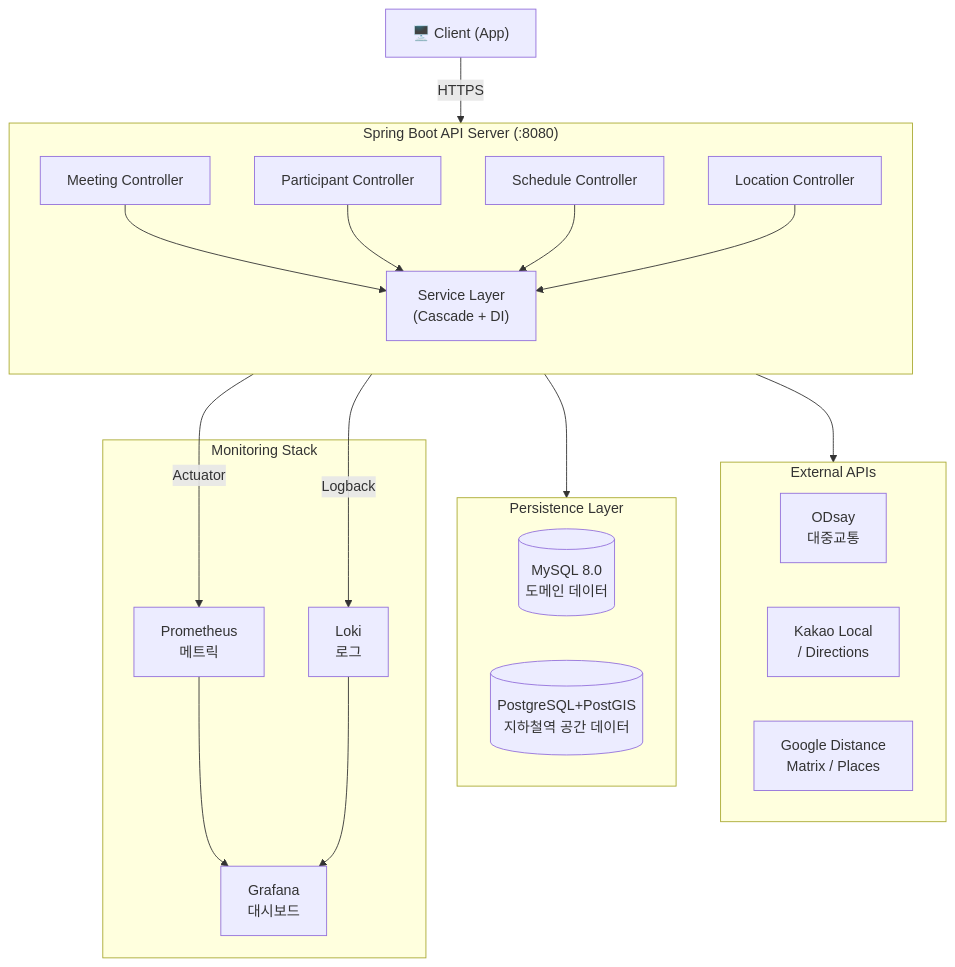
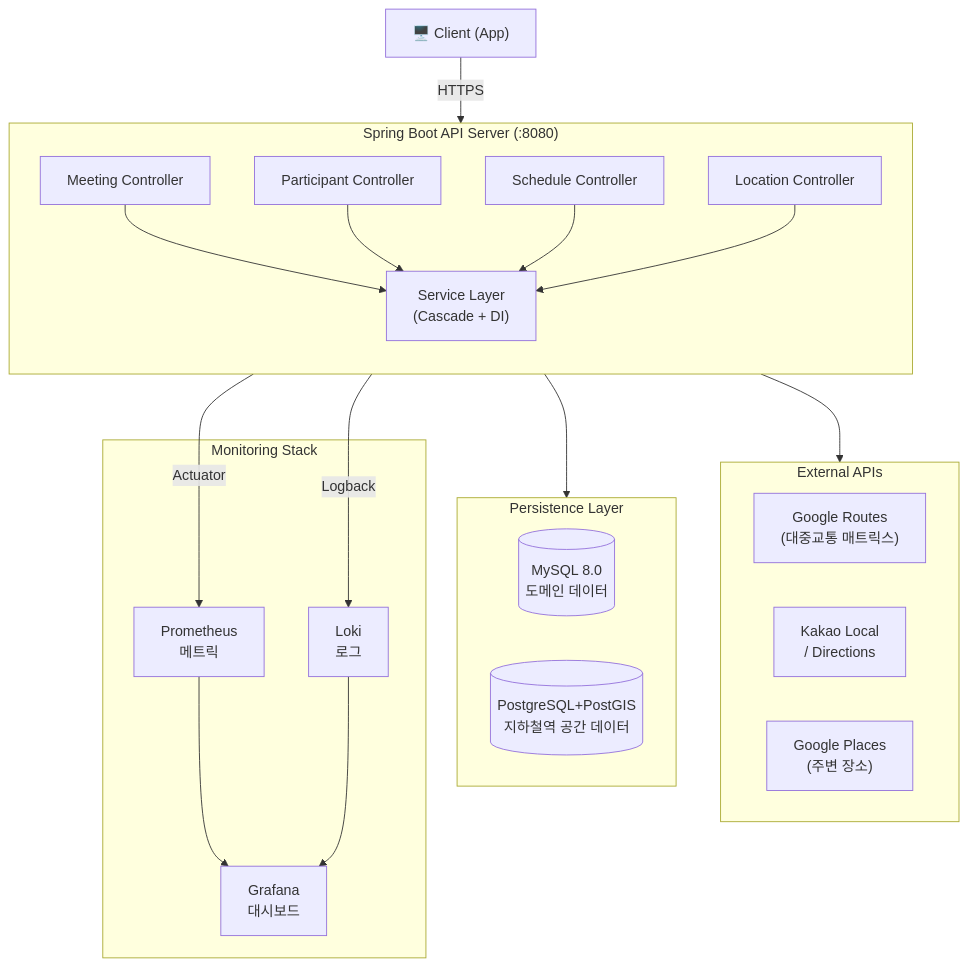
Before and after one commit to BaekDoHyeon/dnd-14th-8-backend: the second of 5 diagrams in README.md, drawn with Mermaid. The commit also changed other lines of this file and 46 other files, not shown here.

First line of the commit message:
refactor(location): 대중교통 경로 Google Routes API 전환 (#135)

````diff
--- a/README.md
+++ b/README.md
@@ -82,38 +82,38 @@
 ```mermaid
 flowchart TB
     Client["🖥️ Client (App)"]
 
     subgraph API["Spring Boot API Server (:8080)"]
         direction TB
         C1["Meeting Controller"]
         C2["Participant Controller"]
         C3["Schedule Controller"]
         C4["Location Controller"]
         SVC["Service Layer\n(Cascade + DI)"]
         C1 & C2 & C3 & C4 --> SVC
     end
 
     subgraph EXT["External APIs"]
-        ODsay["ODsay\n대중교통"]
+        Google["Google Routes\n(대중교통 매트릭스)"]
         Kakao["Kakao Local\n/ Directions"]
-        Google["Google Distance\nMatrix / Places"]
+        GooglePlaces["Google Places\n(주변 장소)"]
     end
 
     subgraph DB["Persistence Layer"]
         MySQL[("MySQL 8.0\n도메인 데이터")]
         PostGIS[("PostgreSQL+PostGIS\n지하철역 공간 데이터")]
     end
 
     subgraph MON["Monitoring Stack"]
         Prometheus["Prometheus\n메트릭"]
         Loki["Loki\n로그"]
         Grafana["Grafana\n대시보드"]
     end
 
     Client -->|HTTPS| API
     SVC --> EXT
     SVC --> DB
     API -->|Actuator| Prometheus
     API -->|Logback| Loki
     Prometheus & Loki --> Grafana
 ```
````
